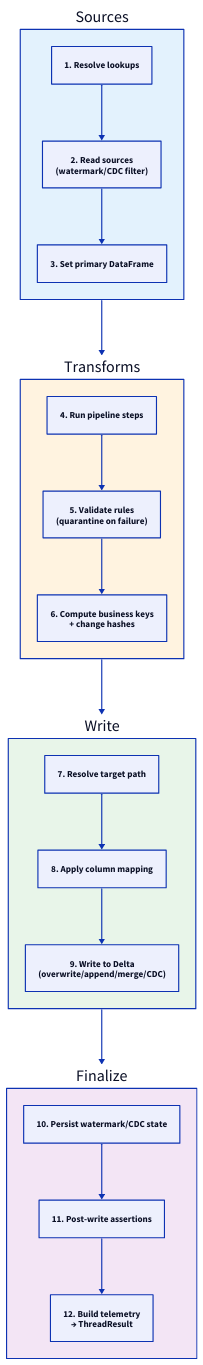
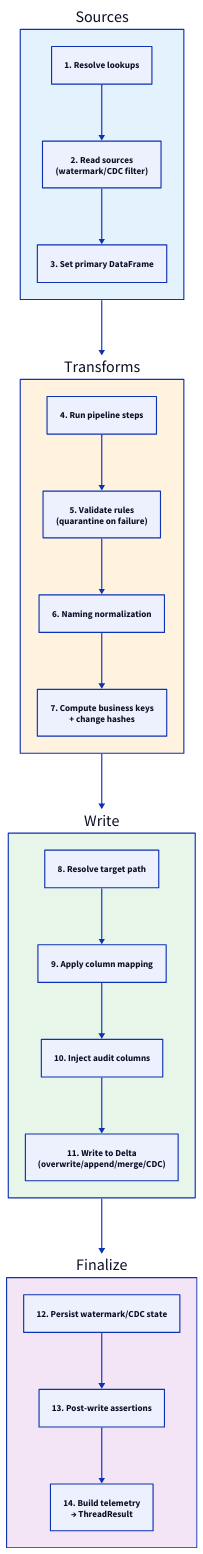
The second of 4 diagrams in docs/guides/engine-internals.md (ardent-data/weevr), drawn with D2 before and after one commit. The commit also changed other lines of this file and 4 other files, not shown here.

First line of the commit message:
docs: update documentation for audit column support

````diff
--- a/docs/guides/engine-internals.md
+++ b/docs/guides/engine-internals.md
@@ -122,39 +122,41 @@
 ```d2
 direction: down
 
 sources: Sources {
   style.fill: "#E3F2FD"
   s1: "1. Resolve lookups"
   s2: "2. Read sources\n(watermark/CDC filter)"
   s3: "3. Set primary DataFrame"
   s1 -> s2 -> s3
 }
 
 transforms: Transforms {
   style.fill: "#FFF3E0"
   s4: "4. Run pipeline steps"
   s5: "5. Validate rules\n(quarantine on failure)"
-  s6: "6. Compute business keys\n+ change hashes"
-  s4 -> s5 -> s6
+  s5b: "6. Naming normalization"
+  s6: "7. Compute business keys\n+ change hashes"
+  s4 -> s5 -> s5b -> s6
 }
 
 write: Write {
   style.fill: "#E8F5E9"
-  s7: "7. Resolve target path"
-  s8: "8. Apply column mapping"
-  s9: "9. Write to Delta\n(overwrite/append/merge/CDC)"
-  s7 -> s8 -> s9
+  s7: "8. Resolve target path"
+  s8: "9. Apply column mapping"
+  s8b: "10. Inject audit columns"
+  s9: "11. Write to Delta\n(overwrite/append/merge/CDC)"
+  s7 -> s8 -> s8b -> s9
 }
 
 finalize: Finalize {
   style.fill: "#F3E5F5"
-  s10: "10. Persist watermark/CDC state"
-  s11: "11. Post-write assertions"
-  s12: "12. Build telemetry\n→ ThreadResult"
+  s10: "12. Persist watermark/CDC state"
+  s11: "13. Post-write assertions"
+  s12: "14. Build telemetry\n→ ThreadResult"
   s10 -> s11 -> s12
 }
 
 sources -> transforms
 transforms -> write
 write -> finalize
 ```
````
